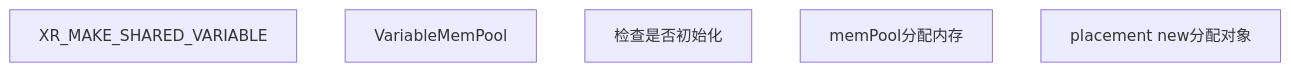
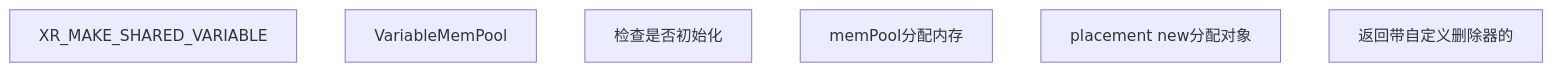
Before and after one commit to huzixuan1/iodraw-files: the diagram in all/未命名-5.md, drawn with Mermaid.

Commit message:
2025-05-21 16:50:24 update

````diff
--- a/all/未命名-5.md
+++ b/all/未命名-5.md
@@ -1,9 +1,9 @@
 ```mermaid
 graph TD
     A[XR_MAKE_SHARED_VARIABLE]
     B[VariableMemPool]
     C[检查是否初始化]
     D[memPool分配内存]
     E[placement new分配对象]
-    
+    F[返回带自定义删除器的]
 ```
````
